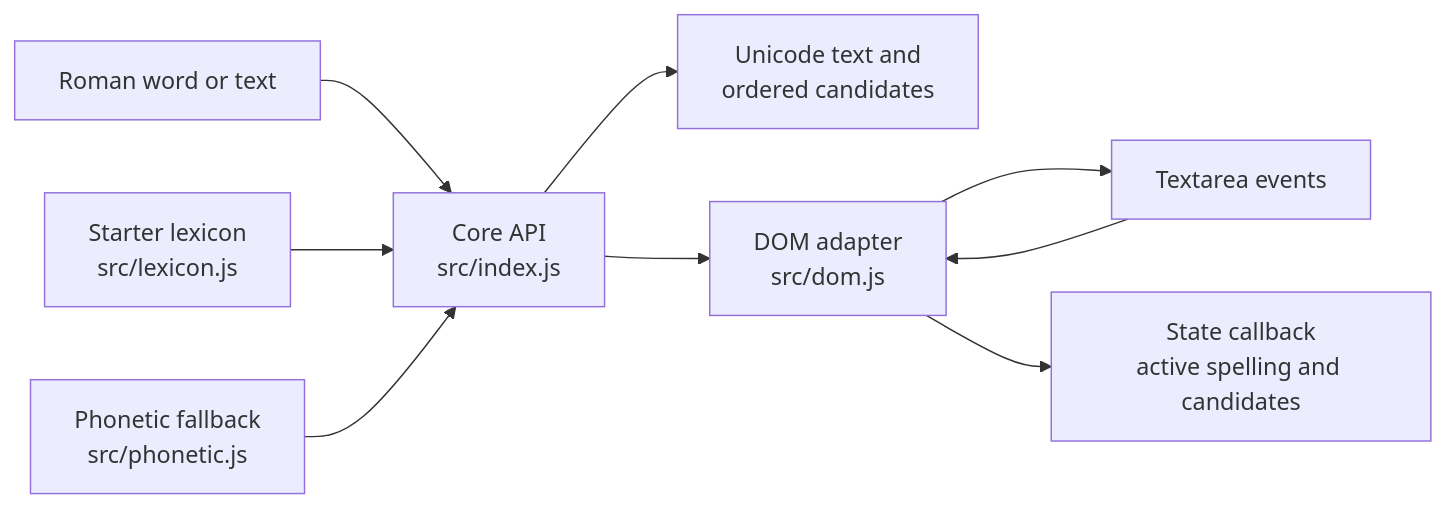
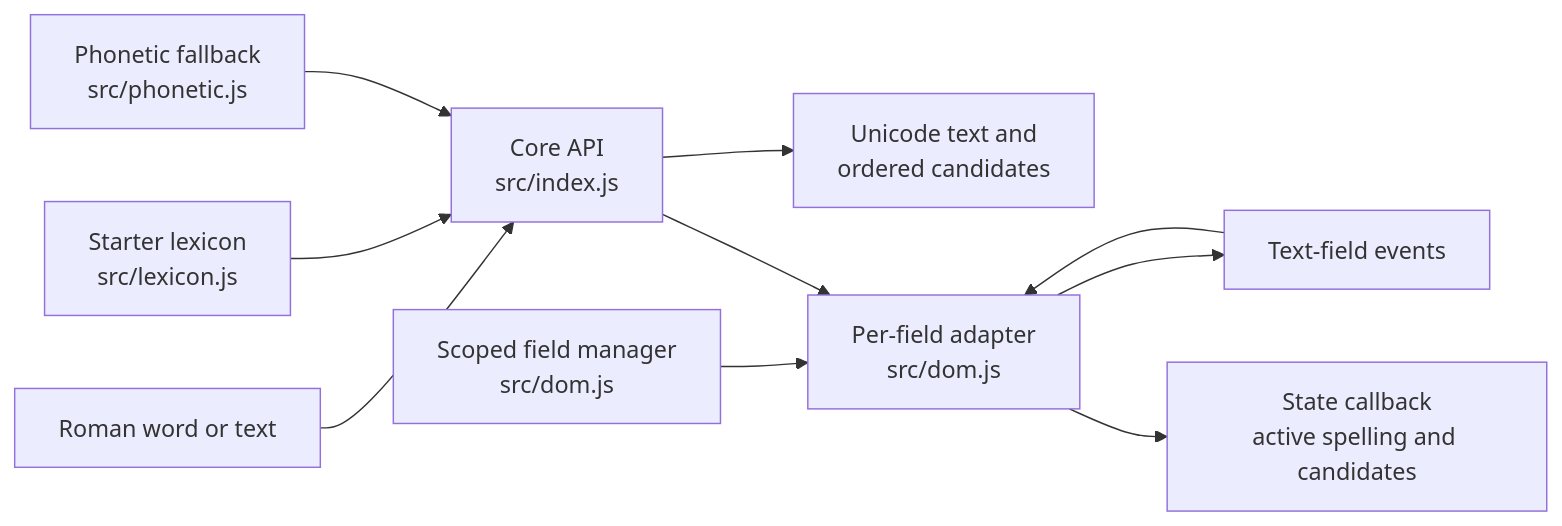
One commit to ojastechnologies/sahajlipi changed the diagram in docs/package/architecture.md. Above: the diagram before and after it, drawn with Mermaid. The commit also changed other lines of this file and 15 other files, not shown here.

````diff
--- a/docs/package/architecture.md
+++ b/docs/package/architecture.md
@@ -9,11 +9,12 @@
 ```mermaid
 flowchart LR
   A[Roman word or text] --> B[Core API<br/>src/index.js]
   L[Starter lexicon<br/>src/lexicon.js] --> B
   P[Phonetic fallback<br/>src/phonetic.js] --> B
   B --> C[Unicode text and<br/>ordered candidates]
-  D[Textarea events] --> E[DOM adapter<br/>src/dom.js]
+  M[Scoped field manager<br/>src/dom.js] --> E[Per-field adapter<br/>src/dom.js]
+  D[Text-field events] --> E
   B --> E
   E --> D
   E --> F[State callback<br/>active spelling and candidates]
 ```
````
